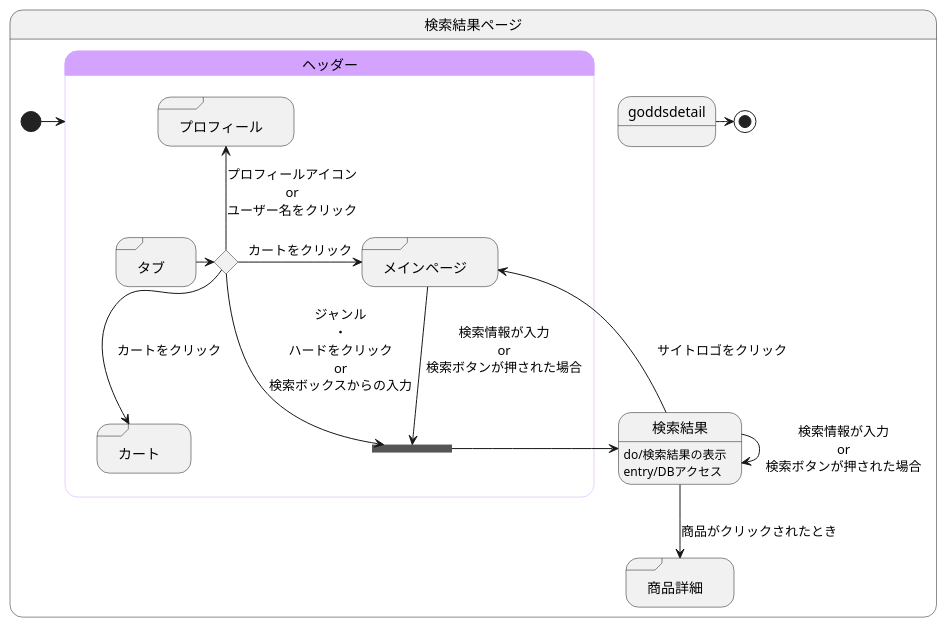
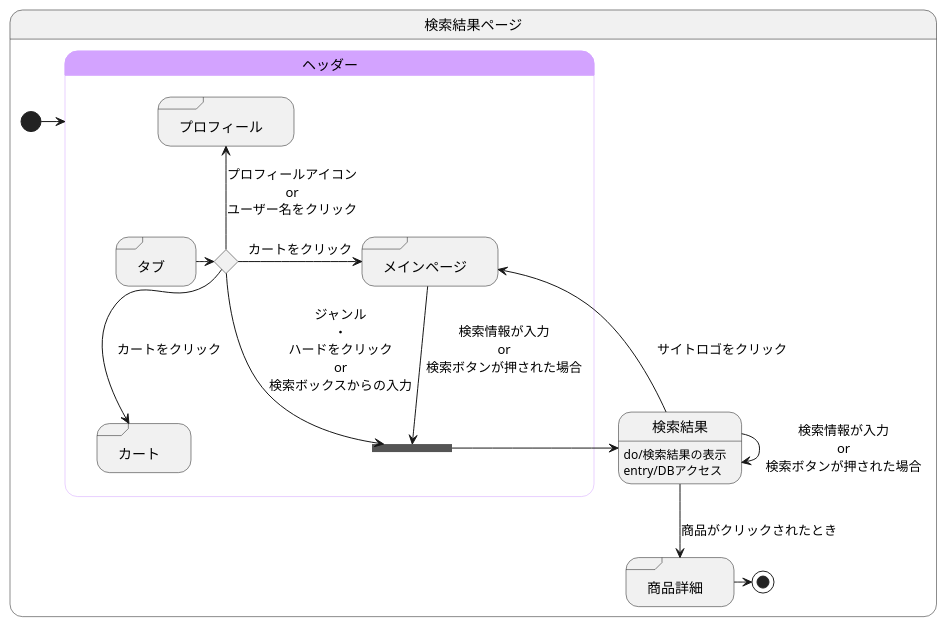
Before and after one commit to akutori/T-D-E: the diagram in 検索結果.md, drawn with PlantUML.

Commit message:
誤記の修正

````diff
--- a/検索結果.md
+++ b/検索結果.md
@@ -1,44 +1,44 @@
 ```uml
 @startuml
 state 検索結果ページ{
 
 
     state 検索結果:do/検索結果の表示
     state 検索結果:entry/DBアクセス
     state "商品詳細" as goodsdetail <<sdlreceive>>
     
 
 
     [*] -> ヘッダー
     
     検索結果 --> goodsdetail :商品がクリックされたとき
     検索結果 --> 検索結果 :検索情報が入力\nor\n検索ボタンが押された場合
-    goddsdetail -> [*]
+    goodsdetail -> [*]
     
 
     state ヘッダー<<headder>>{
         state join_header <<join>>
         state ifinput <<choice>>
         state "タブ" as tab <<sdlreceive>>
         state "カート" as cart <<sdlreceive>>
         state "プロフィール" as profile <<sdlreceive>>
         state "メインページ" as mainpage <<sdlreceive>>
 
         tab -> ifinput 
         ifinput --> cart :カートをクリック
         ifinput -up-> profile :プロフィールアイコン\nor\nユーザー名をクリック
         ifinput -> mainpage :カートをクリック
         ifinput --> join_header :ジャンル\n・\nハードをクリック\nor\n検索ボックスからの入力
 
         mainpage --> join_header :検索情報が入力\nor\n検索ボタンが押された場合
         検索結果 --> mainpage :サイトロゴをクリック
         join_header -> 検索結果
     }
 
     skinparam stateBorderColor<<headder>> #d3a3ff
     state ヘッダー #d3a3ff
 
 }
 
 @enduml
 ```
````
